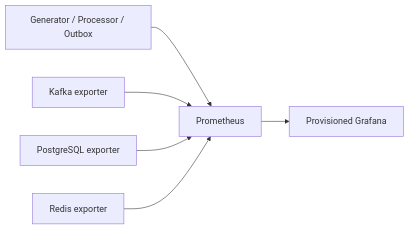
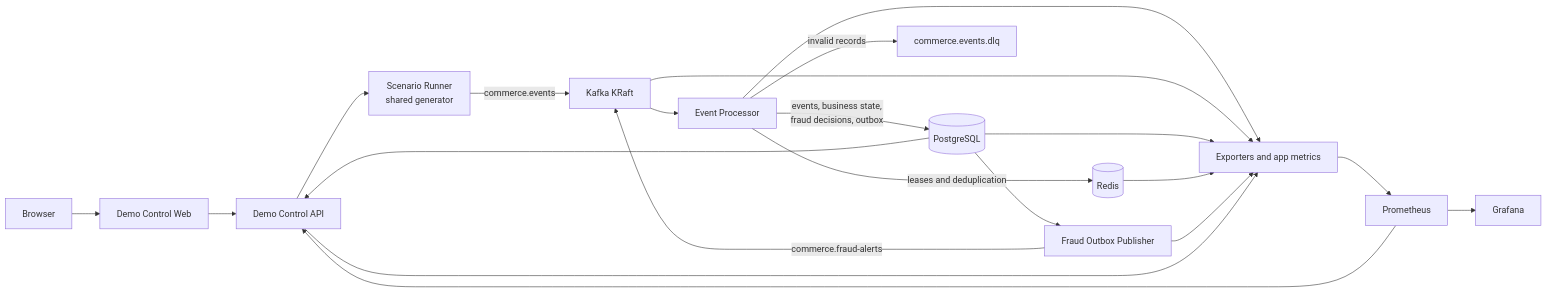
One commit to negativexq/real-time-commerce-platform changed the diagram in README.md. Above: the diagram before and after it, drawn with Mermaid. The commit also changed other lines of this file, not shown here.

Commit message:
docs(readme): document platform architecture and operations

````diff
--- a/README.md
+++ b/README.md
@@ -180,8 +157,23 @@
 ```mermaid
 flowchart LR
-    A[Generator / Processor / Outbox] --> P[Prometheus]
-    K[Kafka exporter] --> P
-    D[PostgreSQL exporter] --> P
-    R[Redis exporter] --> P
-    P --> G[Provisioned Grafana]
+    B[Browser] --> W[Demo Control Web]
+    W --> A[Demo Control API]
+    A --> G[Scenario Runner<br/>shared generator]
+    G -->|commerce.events| K[Kafka KRaft]
+    K --> P[Event Processor]
+    P -->|leases and deduplication| R[(Redis)]
+    P -->|events, business state,<br/>fraud decisions, outbox| DB[(PostgreSQL)]
+    P -->|invalid records| D[commerce.events.dlq]
+    DB --> O[Fraud Outbox Publisher]
+    O -->|commerce.fraud-alerts| K
+    X[Exporters and app metrics] --> M[Prometheus]
+    P --> X
+    K --> X
+    DB --> X
+    R --> X
+    O --> X
+    A --> X
+    M --> GF[Grafana]
+    DB --> A
+    M --> A
 ```
````
